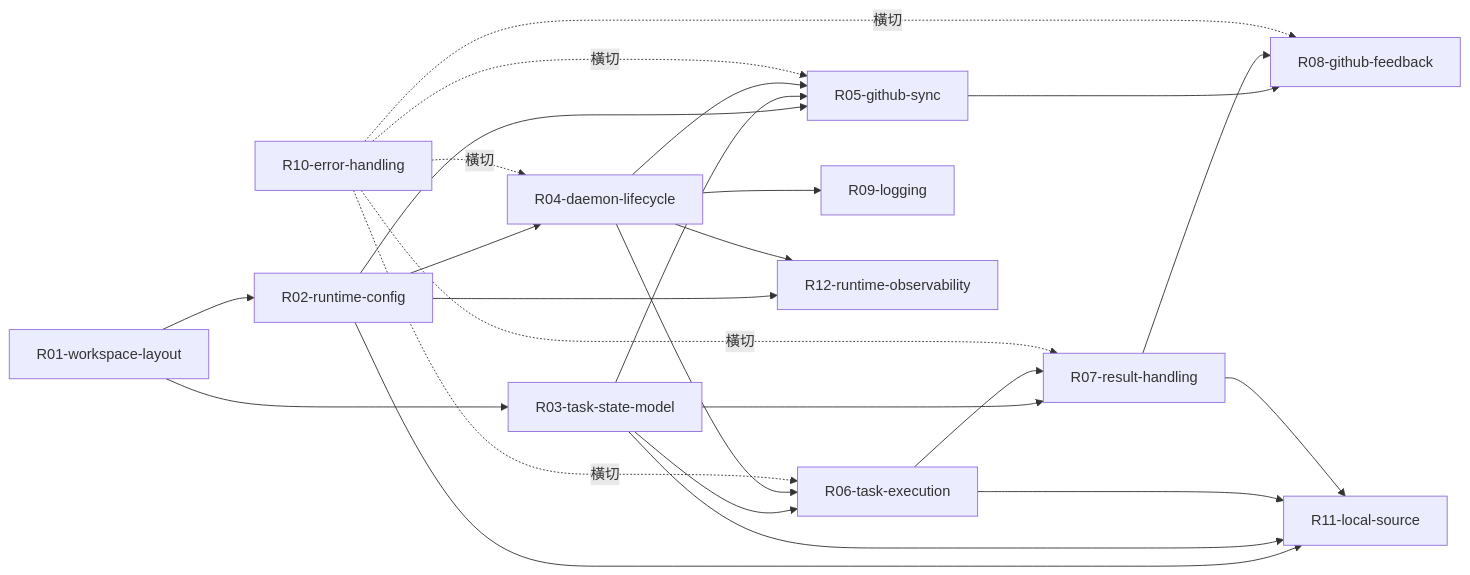
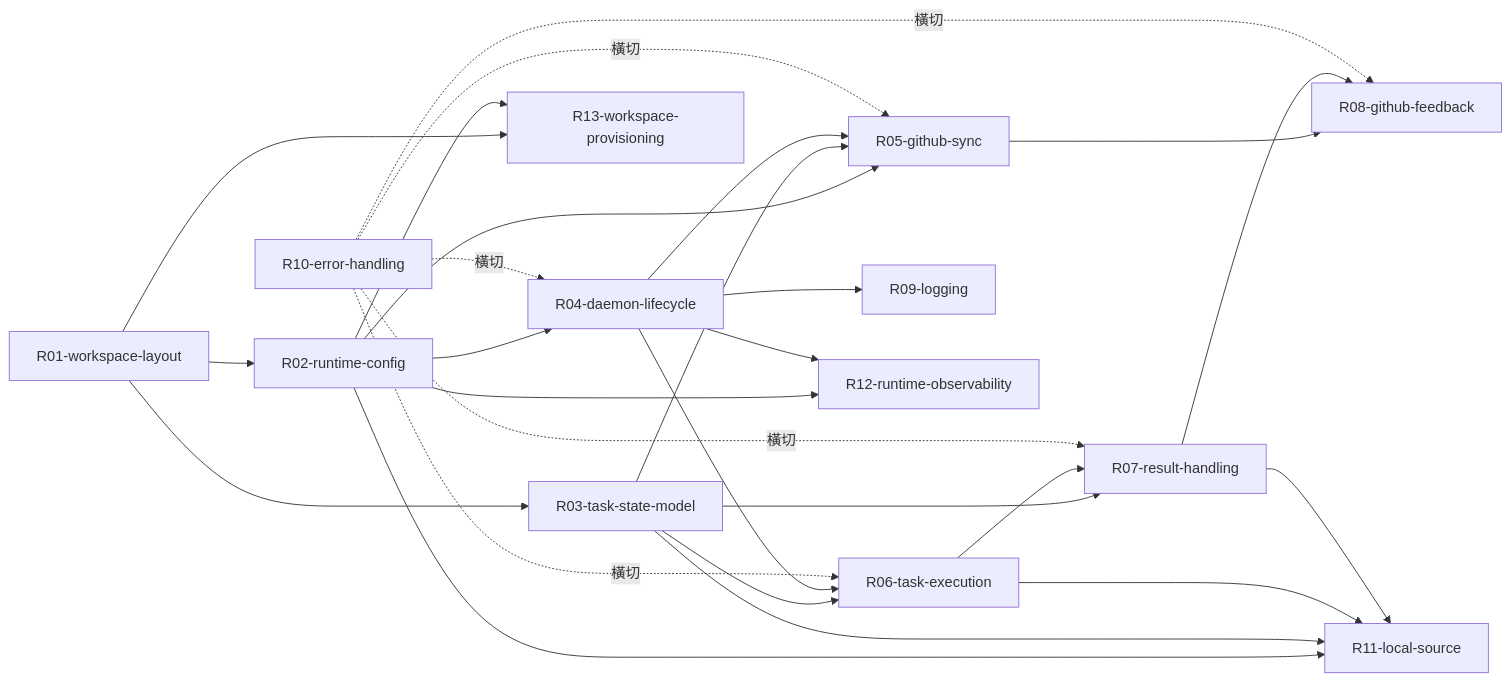
Before and after one commit to dccoding1118/gogents: the diagram in docs/requirements/requirement.md, drawn with Mermaid. The commit also changed other lines of this file and 24 other files, not shown here.

First line of the commit message:
feat: gogents runtime create — workspace provisioning (CH-007) (#8)

````diff
--- a/docs/requirements/requirement.md
+++ b/docs/requirements/requirement.md
@@ -52,43 +56,46 @@
 ```mermaid
 graph LR
     R01["R01-workspace-layout"]
     R02["R02-runtime-config"]
     R03["R03-task-state-model"]
     R04["R04-daemon-lifecycle"]
     R05["R05-github-sync"]
     R06["R06-task-execution"]
     R07["R07-result-handling"]
     R08["R08-github-feedback"]
     R09["R09-logging"]
     R10["R10-error-handling"]
 
     R01 --> R02
     R01 --> R03
     R02 --> R04
     R02 --> R05
     R03 --> R05
     R03 --> R06
     R03 --> R07
     R04 --> R05
     R04 --> R06
     R04 --> R09
     R06 --> R07
     R05 --> R08
     R07 --> R08
 
     R11["R11-local-source"]
     R12["R12-runtime-observability"]
+    R13["R13-workspace-provisioning"]
 
     R02 --> R11
     R03 --> R11
     R06 --> R11
     R07 --> R11
     R02 --> R12
     R04 --> R12
+    R01 --> R13
+    R02 --> R13
 
     R10 -.橫切.-> R04
     R10 -.橫切.-> R05
     R10 -.橫切.-> R06
     R10 -.橫切.-> R07
     R10 -.橫切.-> R08
 ```
````
